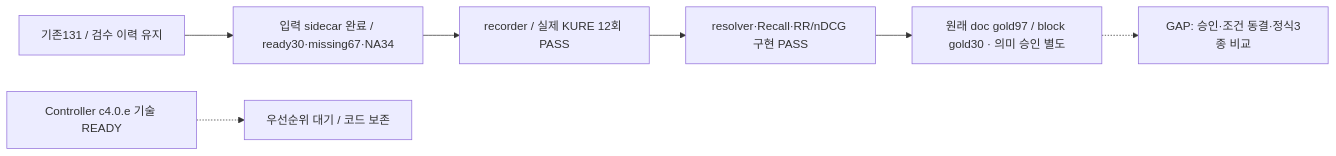
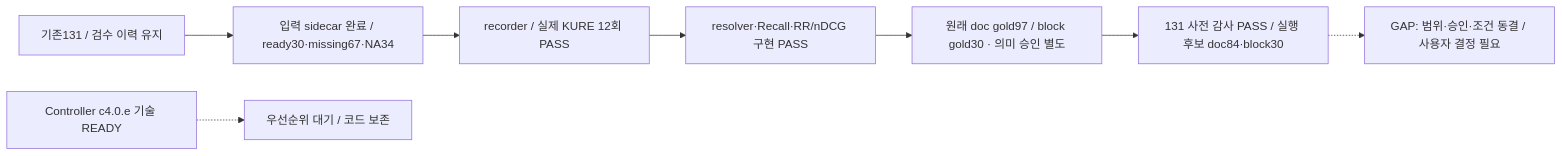
One commit to KongSeok/sprint-public-procurement-rag-assistant changed the second of 2 diagrams in fivecircles/work/2026-09-05-search-first-relay.md. Above: the diagram before and after it, drawn with Mermaid. The commit also changed other lines of this file and 12 other files, not shown here.

````diff
--- a/fivecircles/work/2026-09-05-search-first-relay.md
+++ b/fivecircles/work/2026-09-05-search-first-relay.md
@@ -74,9 +74,10 @@
 ```mermaid
 flowchart LR
   A["기존131 / 검수 이력 유지"] --> B["입력 sidecar 완료 / ready30·missing67·NA34"]
   B --> C["recorder / 실제 KURE 12회 PASS"]
   C --> D["resolver·Recall·RR/nDCG 구현 PASS"]
   D --> H["원래 doc gold97 / block gold30 · 의미 승인 별도"]
-  H -.-> E["GAP: 승인·조건 동결·정식3종 비교"]
+  H --> I["131 사전 감사 PASS / 실행 후보 doc84·block30"]
+  I -.-> E["GAP: 범위·승인·조건 동결 / 사용자 결정 필요"]
   F["Controller c4.0.e 기술 READY"] -.-> G["우선순위 대기 / 코드 보존"]
 ```
````
